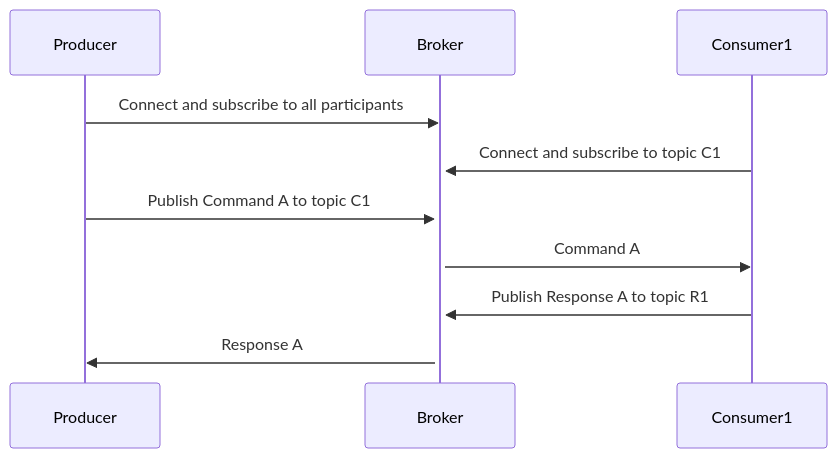
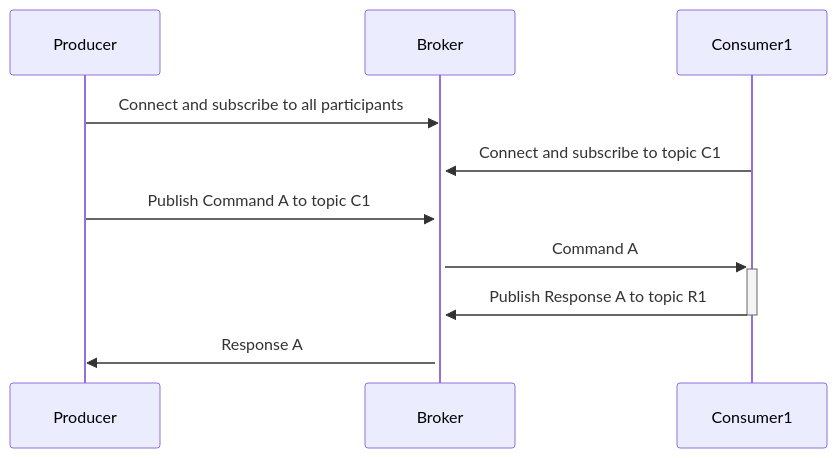
The second of 2 diagrams in README.md (davaya/twinkly-haha), drawn with Mermaid before and after one commit. The commit also changed other lines of this file, not shown here.

Commit message:
Add README with mermaid sequence diagram

````diff
--- a/README.md
+++ b/README.md
@@ -13,9 +13,9 @@
 ```mermaid
 sequenceDiagram
     Producer->>Broker: Connect and subscribe to all participants
     Consumer1->>+Broker: Connect and subscribe to topic C1
     Producer->>Broker: Publish Command A to topic C1
-    Broker->>Consumer1: Command A
-    Consumer1->>Broker: Publish Response A to topic R1
+    Broker->>+Consumer1: Command A
+    Consumer1->>-Broker: Publish Response A to topic R1
     Broker->>Producer: Response A
 ```
````
